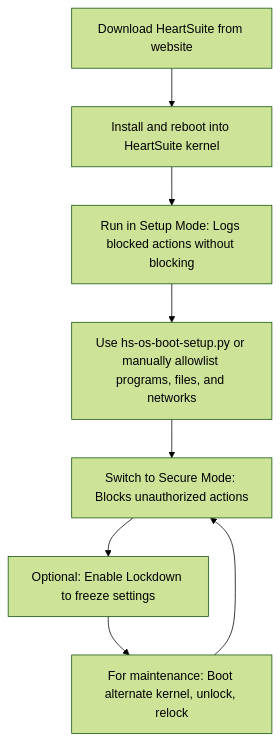
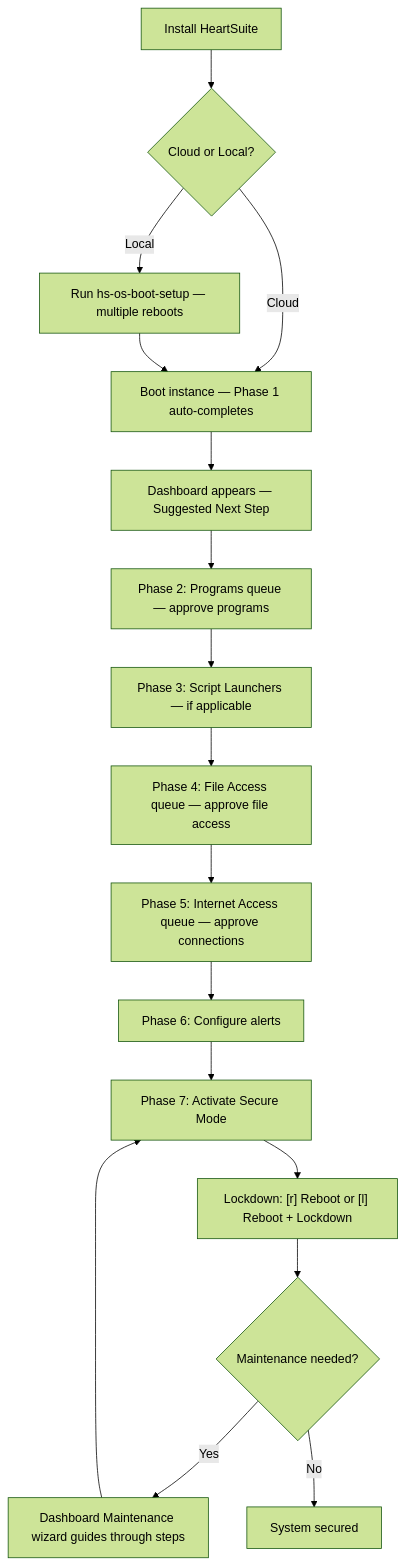
Before and after one commit to HeartSecuritySuite/heartsuite-docs: the diagram in content/en/docs/introduction/setup-overview/_index.md, drawn with Mermaid (forest theme). The commit also changed other lines of this file and 44 other files, not shown here.

````diff
--- a/content/en/docs/introduction/setup-overview/_index.md
+++ b/content/en/docs/introduction/setup-overview/_index.md
@@ -33,10 +61,19 @@
 ```mermaid
-graph TD;
-    A[Download HeartSuite from website] --> B[Install and reboot into HeartSuite kernel];
-    B --> C["Run in Setup Mode: Logs blocked actions without blocking"];
-    C --> D[Use hs-os-boot-setup.py or manually allowlist programs, files, and networks];
-    D --> E["Switch to Secure Mode: Blocks unauthorized actions"];
-    E --> F["Optional: Enable Lockdown to freeze settings"];
-    F --> G["For maintenance: Boot alternate kernel, unlock, relock"];
-    G --> E;
+graph TD
+    A[Install HeartSuite] --> B{Cloud or Local?}
+    B -- Cloud --> C[Boot instance — Phase 1 auto-completes]
+    B -- Local --> D["Run hs-os-boot-setup — multiple reboots"]
+    D --> C
+    C --> E[Dashboard appears — Suggested Next Step]
+    E --> F["Phase 2: Programs queue — approve programs"]
+    F --> G["Phase 3: Script Launchers — if applicable"]
+    G --> H["Phase 4: File Access queue — approve file access"]
+    H --> I["Phase 5: Internet Access queue — approve connections"]
+    I --> J["Phase 6: Configure alerts"]
+    J --> K["Phase 7: Activate Secure Mode"]
+    K --> L["Lockdown: [r] Reboot or [l] Reboot + Lockdown"]
+    L --> M{Maintenance needed?}
+    M -- Yes --> N["Dashboard Maintenance wizard guides through steps"]
+    N --> K
+    M -- No --> O[System secured]
 ```
````
